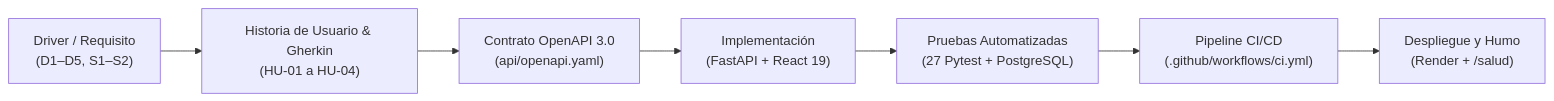
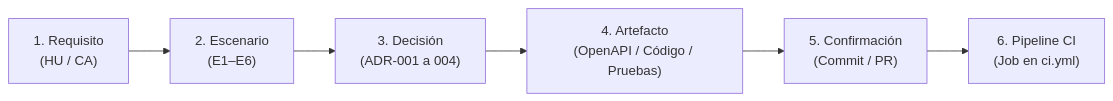
One commit to enriqueherreraec/nexora-arquitectura changed the diagram in docs/05-trazabilidad.md. Above: the diagram before and after it, drawn with Mermaid. The commit also changed other lines of this file and 5 other files, not shown here.

````diff
--- a/docs/05-trazabilidad.md
+++ b/docs/05-trazabilidad.md
@@ -16,9 +17,8 @@
 ```mermaid
 flowchart LR
-    A["Driver / Requisito<br>(D1–D5, S1–S2)"] --> B["Historia de Usuario & Gherkin<br>(HU-01 a HU-04)"]
-    B --> C["Contrato OpenAPI 3.0<br>(api/openapi.yaml)"]
-    C --> D["Implementación<br>(FastAPI + React 19)"]
-    D --> E["Pruebas Automatizadas<br>(27 Pytest + PostgreSQL)"]
-    E --> F["Pipeline CI/CD<br>(.github/workflows/ci.yml)"]
-    F --> G["Despliegue y Humo<br>(Render + /salud)"]
+    REQ["1. Requisito<br>(HU / CA)"] --> ESC["2. Escenario<br>(E1–E6)"]
+    ESC --> ADR["3. Decisión<br>(ADR-001 a 004)"]
+    ADR --> ART["4. Artefacto<br>(OpenAPI / Código / Pruebas)"]
+    ART --> GIT["5. Confirmación<br>(Commit / PR)"]
+    GIT --> PIPE["6. Pipeline CI<br>(Job en ci.yml)"]
 ```
````
